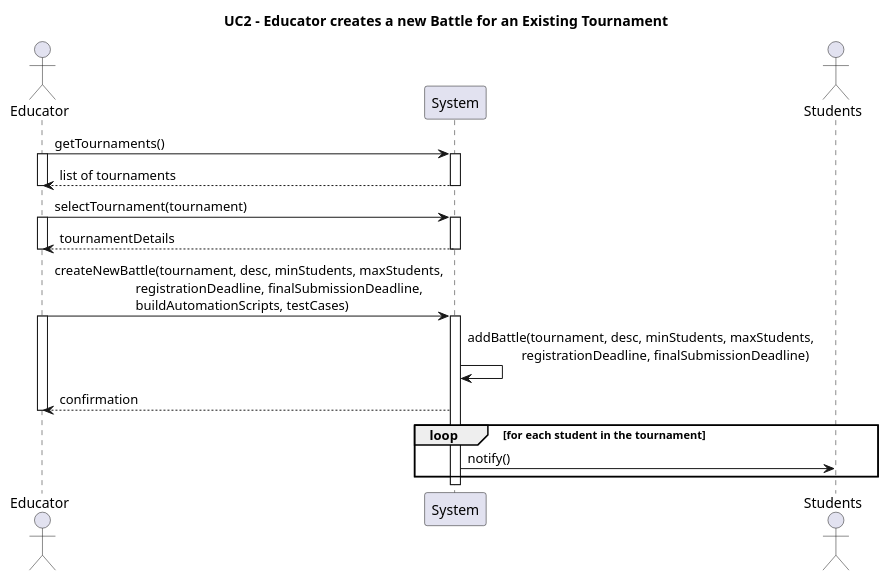
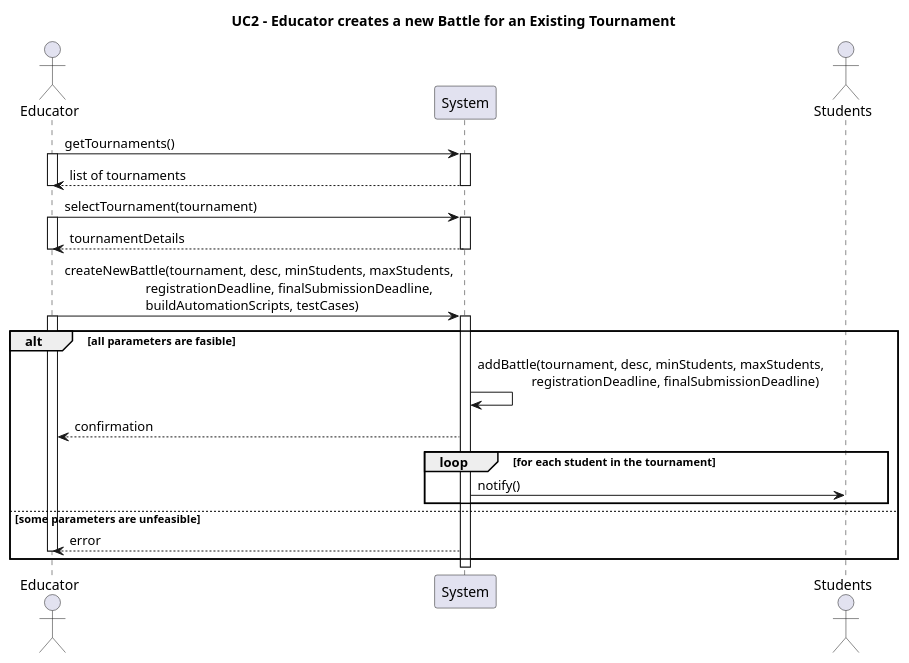
Before and after one commit to Furrrlo/CodeKataBattle: the diagram in rasd/puml/UC2.puml, drawn with PlantUML. The commit also changed 2 other files, not shown here.

```diff
--- a/rasd/puml/UC2.puml
+++ b/rasd/puml/UC2.puml
@@ -1,39 +1,46 @@
 @startuml UC2
 title UC2 - Educator creates a new Battle for an Existing Tournament    
 
 actor Educator
 
 participant System
 actor Students
 
 Educator -> System ++: getTournaments()
 activate Educator
 System --> Educator--: list of tournaments
 deactivate Educator
 
 Educator -> System ++: selectTournament(tournament)
 activate Educator
 System --> Educator--: tournamentDetails
 deactivate Educator
 
 Educator -> System ++: createNewBattle(tournament, desc, minStudents, maxStudents,\n\t\t\tregistrationDeadline, finalSubmissionDeadline,\n\t\t\tbuildAutomationScripts, testCases)
-activate Educator
 
-System -> System: addBattle(tournament, desc, minStudents, maxStudents,\n\t\tregistrationDeadline, finalSubmissionDeadline)
+alt all parameters are fasible
+    activate Educator
 
-System --> Educator: confirmation
-deactivate Educator
+    System -> System: addBattle(tournament, desc, minStudents, maxStudents,\n\t\tregistrationDeadline, finalSubmissionDeadline)
 
-loop for each student in the tournament
-    System -> Students : notify()
+    System --> Educator: confirmation
+    
 
+    loop for each student in the tournament
+        System -> Students : notify()
+
+    end
+
+else some parameters are unfeasible
+    System --> Educator: error
+    deactivate Educator
 end
 
 
 
 
 
 
 
 
 @enduml
```
